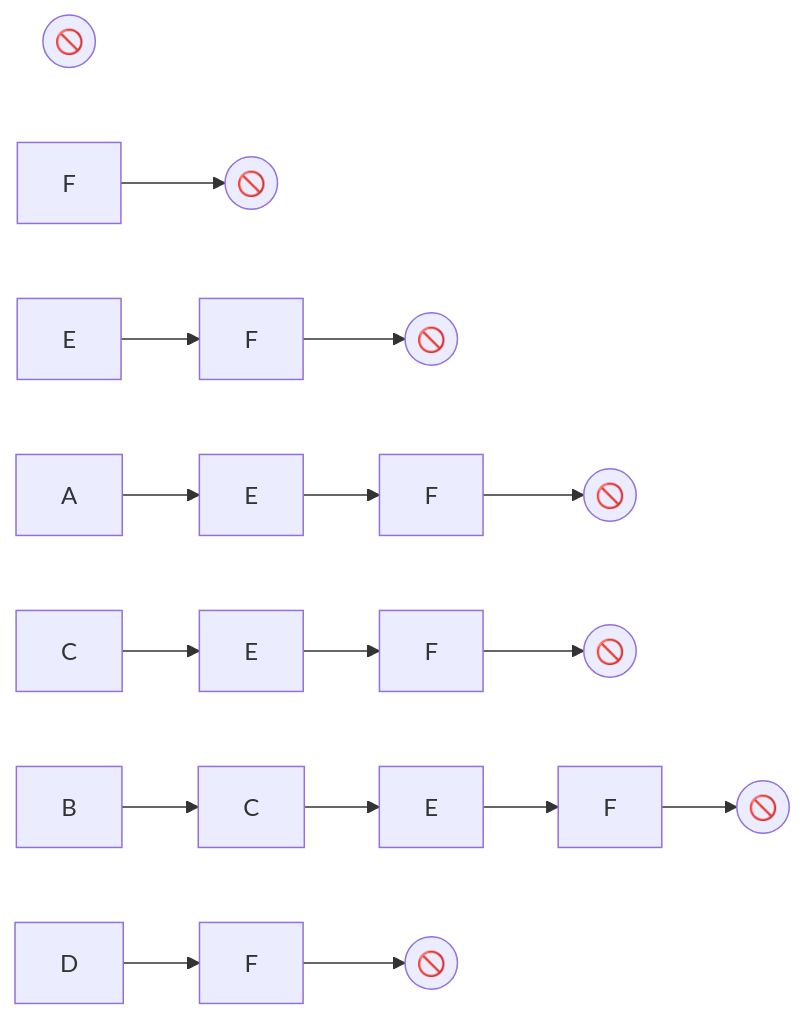
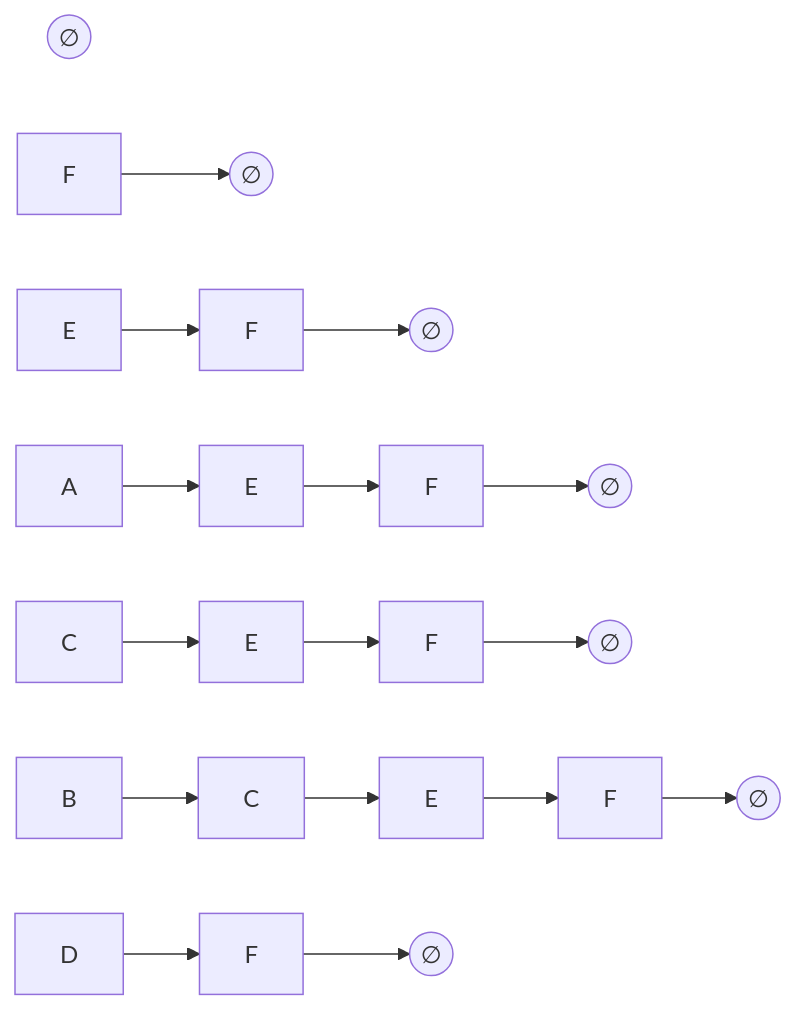
The fourth of 17 diagrams in _posts/2026-02-15-nuralagus-rex.md (raganwald/raganwald.github.com), drawn with Mermaid before and after one commit. The commit also changed other lines of this file, not shown here.

```diff
--- a/_posts/2026-02-15-nuralagus-rex.md
+++ b/_posts/2026-02-15-nuralagus-rex.md
@@ -57,44 +59,44 @@
 <div class="mermaid">
   graph LR
-    Empty1(("🚫"))
+    Empty1(("∅"))
 
     F2["F"]
-    Empty2(("🚫"))
+    Empty2(("∅"))
 
     F2-->Empty2
 
     E3["E"]
     F3["F"]
-    Empty3(("🚫"))
+    Empty3(("∅"))
 
     E3-->F3-->Empty3
 
 
     A4["A"]
     E4["E"]
     F4["F"]
-    Empty4(("🚫"))
+    Empty4(("∅"))
 
     A4-->E4-->F4-->Empty4
 
     C5["C"]
     E5["E"]
     F5["F"]
-    Empty5(("🚫"))
+    Empty5(("∅"))
 
     C5-->E5-->F5-->Empty5
 
     B6["B"]
     C6["C"]
     E6["E"]
     F6["F"]
-    Empty6(("🚫"))
+    Empty6(("∅"))
 
     B6-->C6-->E6-->F6-->Empty6
 
     D7["D"]
     F7["F"]
-    Empty7(("🚫"))
+    Empty7(("∅"))
 
     D7-->F7-->Empty7
 </div>
```
